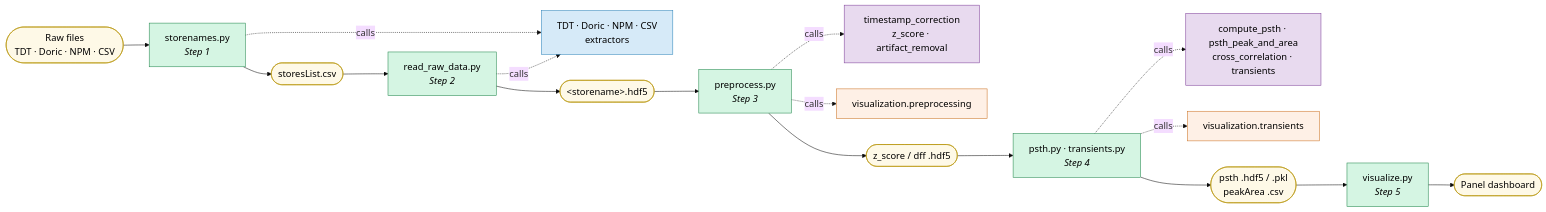
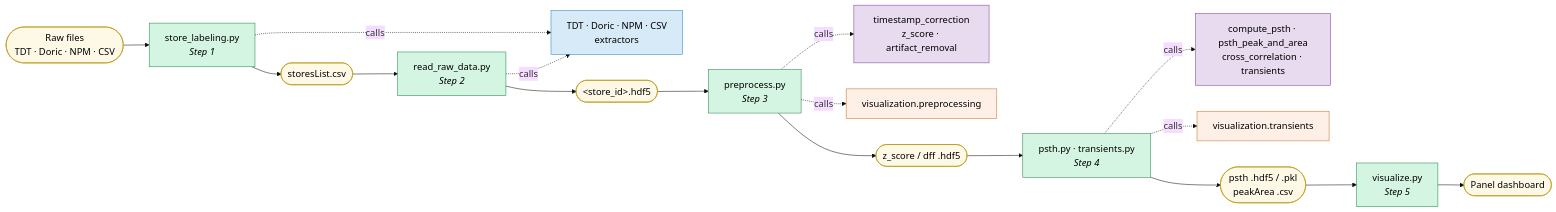
Before and after one commit to LernerLab/GuPPy: the third of 3 diagrams in docs/architecture.md, drawn with Mermaid. The commit also changed other lines of this file and 105 other files, not shown here.

First line of the commit message:
Standardize store/session/run vocabulary and rebrand Step 1 to "Label Stores" (#321)

````diff
--- a/docs/architecture.md
+++ b/docs/architecture.md
@@ -130,44 +130,44 @@
 ```mermaid
 %%{init: {'theme': 'base', 'themeVariables': {'fontSize': '18px'}}}%%
 flowchart LR
     RAW(["Raw files<br/>TDT · Doric · NPM · CSV"])
 
-    S2["storenames.py<br/><i>Step 1</i>"]
+    S2["store_labeling.py<br/><i>Step 1</i>"]
     F1(["storesList.csv"])
 
     S3["read_raw_data.py<br/><i>Step 2</i>"]
     EX["TDT · Doric · NPM · CSV<br/>extractors"]
-    F2(["&lt;storename&gt;.hdf5"])
+    F2(["&lt;store_id&gt;.hdf5"])
 
     S4["preprocess.py<br/><i>Step 3</i>"]
     A4["timestamp_correction<br/>z_score · artifact_removal"]
     V4["visualization.preprocessing"]
     F3(["z_score / dff .hdf5"])
 
     S5["psth.py · transients.py<br/><i>Step 4</i>"]
     A5["compute_psth · psth_peak_and_area<br/>cross_correlation · transients"]
     V5["visualization.transients"]
     F4(["psth .hdf5 / .pkl<br/>peakArea .csv"])
 
     S6["visualize.py<br/><i>Step 5</i>"]
     DASH(["Panel dashboard"])
 
     RAW --> S2 --> F1 --> S3 --> F2 --> S4 --> F3 --> S5 --> F4 --> S6 --> DASH
     S2 -. calls .-> EX
     S3 -. calls .-> EX
     S4 -. calls .-> A4
     S4 -. calls .-> V4
     S5 -. calls .-> A5
     S5 -. calls .-> V5
 
     classDef orch fill:#d5f5e3,stroke:#1e8449,color:#000
     classDef ext fill:#d6eaf8,stroke:#2980b9,color:#000
     classDef anal fill:#e8daef,stroke:#7d3c98,color:#000
     classDef viz fill:#fef0e6,stroke:#ca6f1e,color:#000
     classDef file fill:#fef9e7,stroke:#b7950b,color:#000
     class S2,S3,S4,S5,S6 orch
     class EX ext
     class A4,A5 anal
     class V4,V5 viz
     class RAW,F1,F2,F3,F4,DASH file
 ```
````
